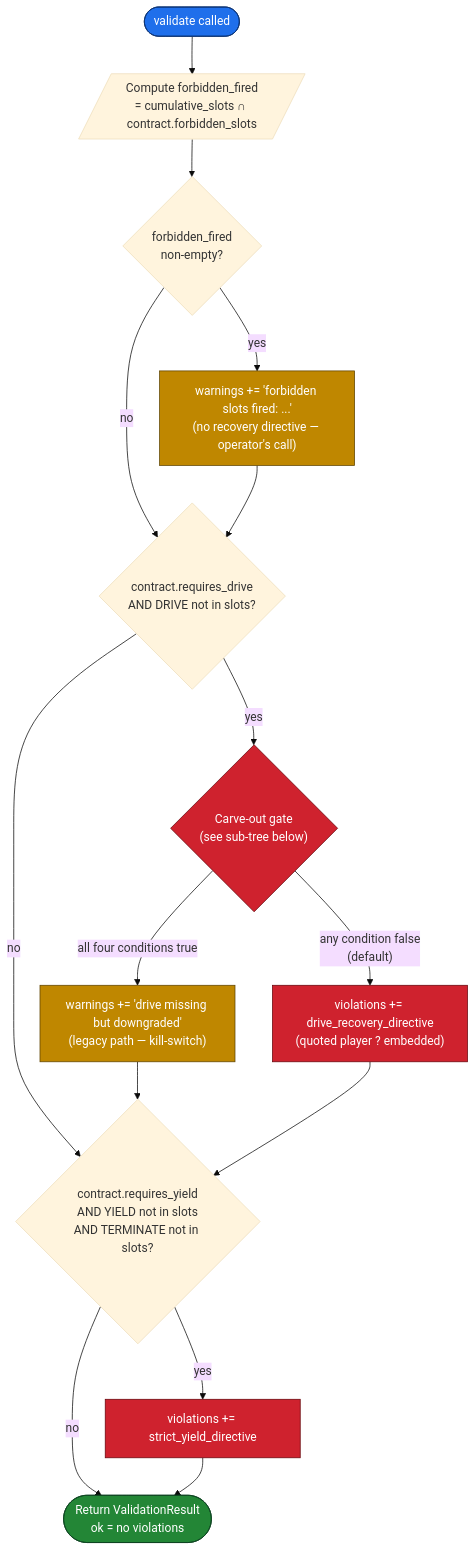
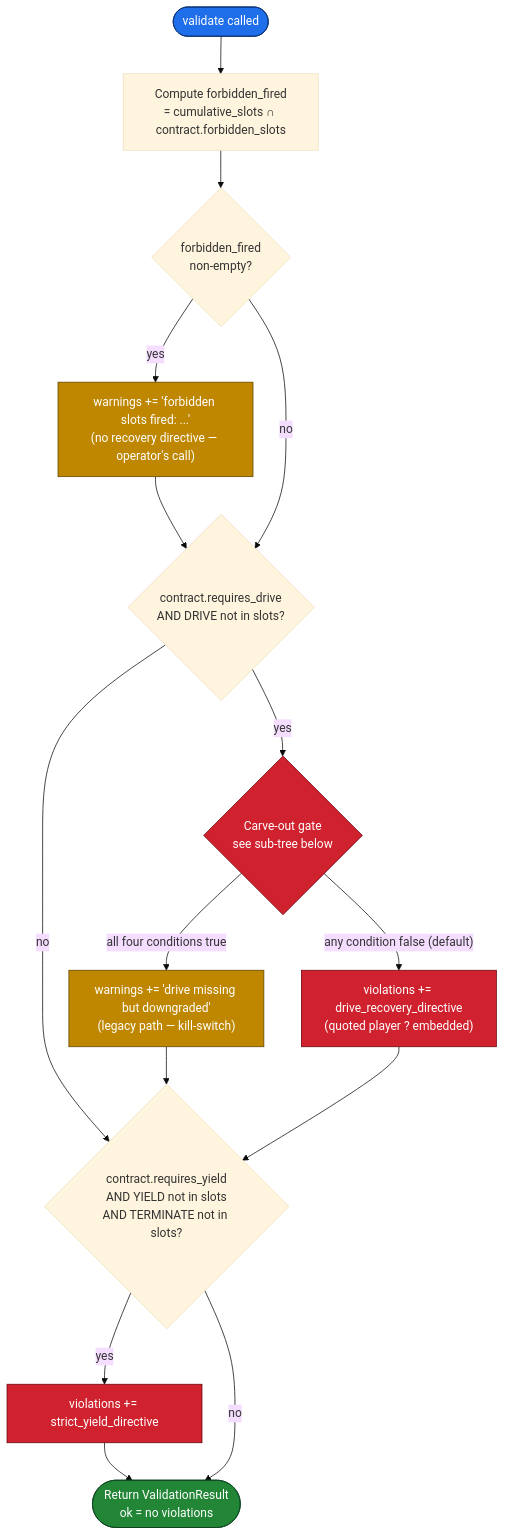
Before and after one commit to nebriv/Crittable: the fifth of 13 diagrams in docs/turn-lifecycle.md, drawn with Mermaid (base theme). The commit also changed other lines of this file and 1 other file, not shown here.

First line of the commit message:
docs: fix Mermaid render errors in turn-lifecycle.md + tool-design.md

````diff
--- a/docs/turn-lifecycle.md
+++ b/docs/turn-lifecycle.md
@@ -328,29 +328,30 @@
 ```mermaid
 flowchart TD
     Start([validate called]):::start
+    A["Compute forbidden_fired<br/>= cumulative_slots ∩ contract.forbidden_slots"]
+    B{"forbidden_fired<br/>non-empty?"}
+    WarnFb["warnings += 'forbidden slots fired: ...'<br/>(no recovery directive — operator's call)"]:::warn
+    C{"contract.requires_drive<br/>AND DRIVE not in slots?"}
+    D{"Carve-out gate<br/>see sub-tree below"}:::carveOut
+    WarnDr["warnings += 'drive missing but downgraded'<br/>(legacy path — kill-switch)"]:::warn
+    ViolDr["violations += drive_recovery_directive<br/>(quoted player ? embedded)"]:::violation
+    E{"contract.requires_yield<br/>AND YIELD not in slots<br/>AND TERMINATE not in slots?"}
+    ViolY["violations += strict_yield_directive"]:::violation
+    Out([Return ValidationResult<br/>ok = no violations]):::done
 
-    Start --> A[/"Compute forbidden_fired<br/>= cumulative_slots ∩ contract.forbidden_slots"/]
-    A --> B{forbidden_fired<br/>non-empty?}
-    B -- "yes" --> WarnFb["warnings += 'forbidden slots fired: ...'<br/>(no recovery directive — operator's call)"]:::warn
+    Start --> A --> B
+    B -- "yes" --> WarnFb --> C
     B -- "no" --> C
-    WarnFb --> C{"contract.requires_drive<br/>AND DRIVE not in slots?"}
-
     C -- "no" --> E
-    C -- "yes" --> D{"Carve-out gate<br/>(see sub-tree below)"}:::carveOut
-    D -- "all four conditions true" --> WarnDr["warnings += 'drive missing but downgraded'<br/>(legacy path — kill-switch)"]:::warn
-    D -- "any condition false<br/>(default)" --> ViolDr["violations += drive_recovery_directive<br/>(quoted player ? embedded)"]:::violation
-
-    WarnDr --> E
-    ViolDr --> E
-    E{"contract.requires_yield<br/>AND YIELD not in slots<br/>AND TERMINATE not in slots?"}
-    E -- "yes" --> ViolY["violations += strict_yield_directive"]:::violation
+    C -- "yes" --> D
+    D -- "all four conditions true" --> WarnDr --> E
+    D -- "any condition false (default)" --> ViolDr --> E
+    E -- "yes" --> ViolY --> Out
     E -- "no" --> Out
-    ViolY --> Out
-    Out([Return ValidationResult<br/>ok = no violations]):::done
 
     classDef start fill:#1f6feb,stroke:#0a3070,color:#fff
     classDef carveOut fill:#cf222e,stroke:#67060c,color:#fff
     classDef warn fill:#bf8700,stroke:#5f4400,color:#fff
     classDef violation fill:#cf222e,stroke:#67060c,color:#fff
     classDef done fill:#238636,stroke:#0d4321,color:#fff
 ```
````
